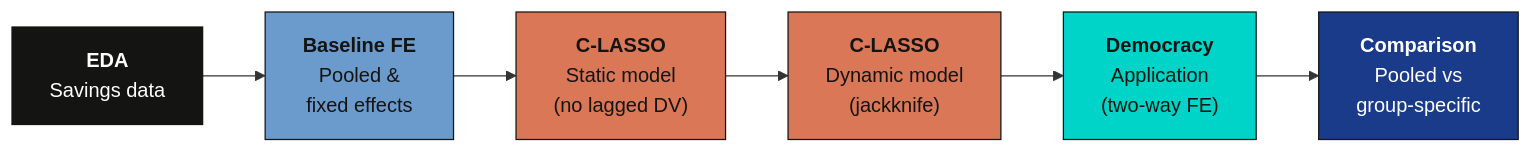
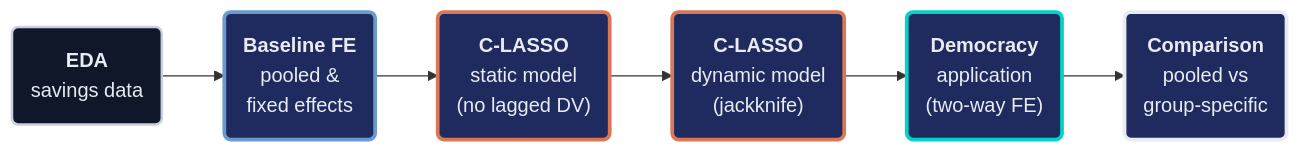
Before and after one commit to cmg777/starter-academic-v501: the diagram in content/post/stata_panel_lasso_cluster/index.md, drawn with Mermaid. The commit also changed 13 other files, not shown here.

First line of the commit message:
content(mermaid): restyle flowcharts in Stata posts, batch 1 of 2

````diff
--- a/content/post/stata_panel_lasso_cluster/index.md
+++ b/content/post/stata_panel_lasso_cluster/index.md
@@ -85,15 +85,18 @@
 ```mermaid
 graph LR
-    A["<b>EDA</b><br/>Savings data"] --> B["<b>Baseline FE</b><br/>Pooled &<br/>fixed effects"]
-    B --> C["<b>C-LASSO</b><br/>Static model<br/>(no lagged DV)"]
-    C --> D["<b>C-LASSO</b><br/>Dynamic model<br/>(jackknife)"]
-    D --> E["<b>Democracy</b><br/>Application<br/>(two-way FE)"]
-    E --> F["<b>Comparison</b><br/>Pooled vs<br/>group-specific"]
-
-    style A fill:#141413,stroke:#141413,color:#fff
-    style B fill:#6a9bcc,stroke:#141413,color:#141413
-    style C fill:#d97757,stroke:#141413,color:#141413
-    style D fill:#d97757,stroke:#141413,color:#141413
-    style E fill:#00d4c8,stroke:#141413,color:#141413
-    style F fill:#1a3a8a,stroke:#141413,color:#fff
+    A("<b>EDA</b><br/>savings data") --> B("<b>Baseline FE</b><br/>pooled &<br/>fixed effects")
+    B --> C("<b>C-LASSO</b><br/>static model<br/>(no lagged DV)")
+    C --> D("<b>C-LASSO</b><br/>dynamic model<br/>(jackknife)")
+    D --> E("<b>Democracy</b><br/>application<br/>(two-way FE)")
+    E --> F("<b>Comparison</b><br/>pooled vs<br/>group-specific")
+    classDef anchor fill:#0f1729,stroke:#c8d0e0,stroke-width:2px,color:#e8ecf2
+    classDef blue fill:#1f2b5e,stroke:#6a9bcc,stroke-width:3px,color:#e8ecf2
+    classDef orange fill:#1f2b5e,stroke:#d97757,stroke-width:3px,color:#e8ecf2
+    classDef teal fill:#1f2b5e,stroke:#00d4c8,stroke-width:3px,color:#e8ecf2
+    classDef key fill:#1f2b5e,stroke:#e8ecf2,stroke-width:3px,color:#e8ecf2
+    class A anchor
+    class B blue
+    class C,D orange
+    class E teal
+    class F key
 ```
````
